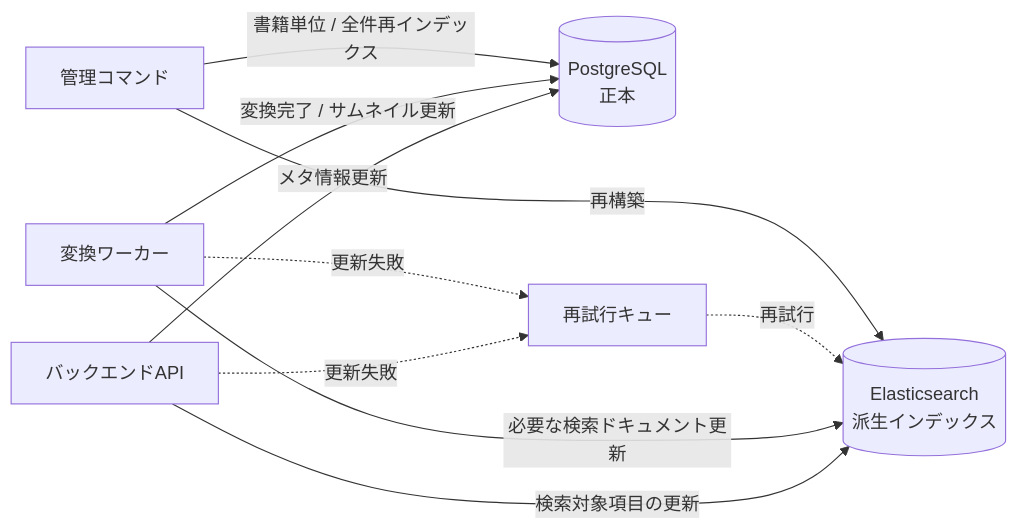
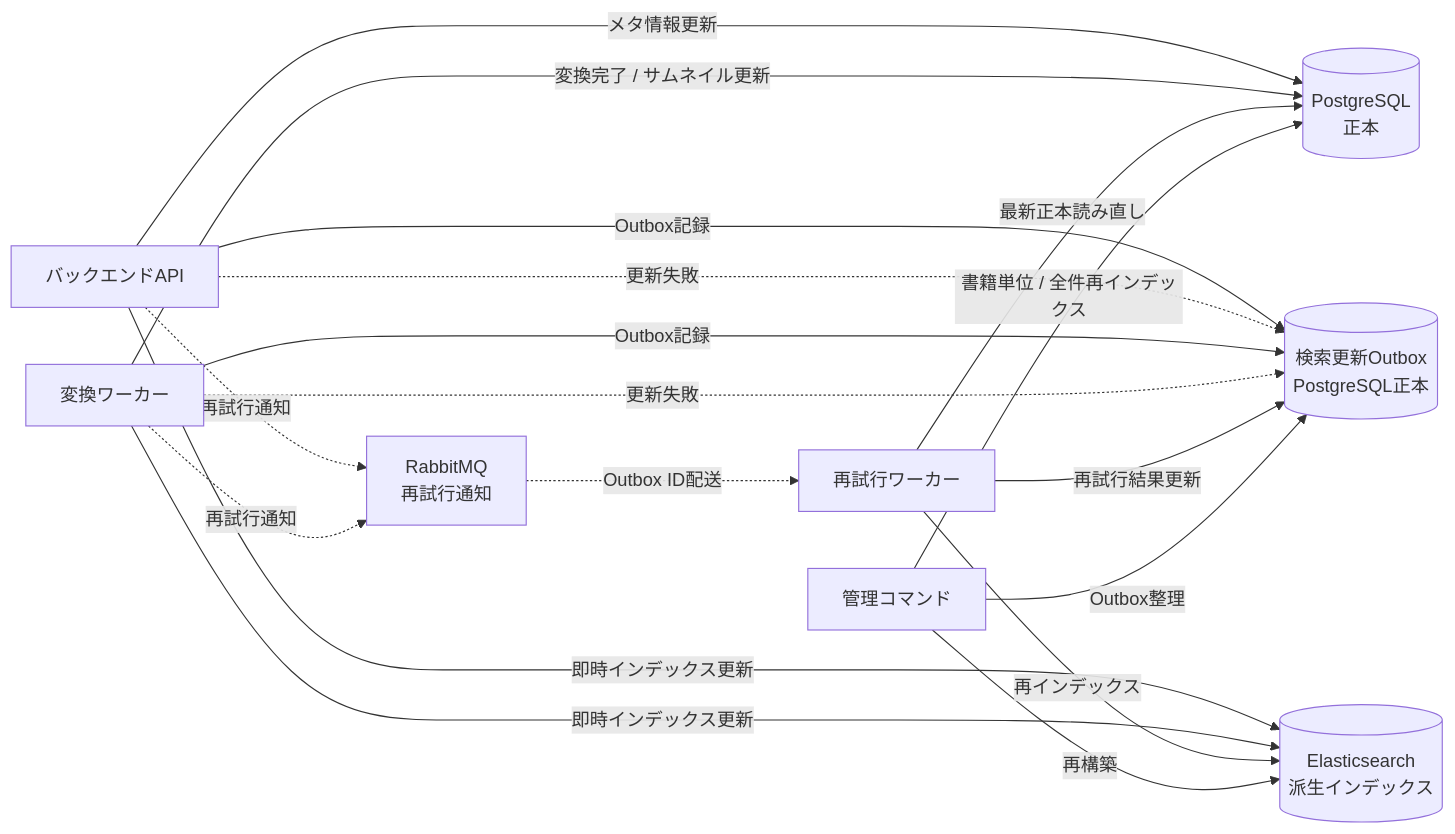
One commit to dommyttdev/book-viewer changed the fifth of 7 diagrams in doc/03_architecture/06_data_flow.md. Above: the diagram before and after it, drawn with Mermaid. The commit also changed other lines of this file and 15 other files, not shown here.

````diff
--- a/doc/03_architecture/06_data_flow.md
+++ b/doc/03_architecture/06_data_flow.md
@@ -182,21 +182,31 @@
 ```mermaid
 flowchart LR
   api["バックエンドAPI"]
   worker["変換ワーカー"]
   command["管理コマンド"]
   db[("PostgreSQL<br>正本")]
   es[("Elasticsearch<br>派生インデックス")]
-  retry["再試行キュー"]
+  outbox[("検索更新Outbox<br>PostgreSQL正本")]
+  retry["RabbitMQ<br>再試行通知"]
+  retryWorker["再試行ワーカー"]
 
   api -->|"メタ情報更新"| db
-  api -->|"検索対象項目の更新"| es
-  api -. 更新失敗 .-> retry
+  api -->|"Outbox記録"| outbox
+  api -->|"即時インデックス更新"| es
+  api -. 更新失敗 .-> outbox
+  api -. 再試行通知 .-> retry
 
   worker -->|"変換完了 / サムネイル更新"| db
-  worker -->|"必要な検索ドキュメント更新"| es
-  worker -. 更新失敗 .-> retry
+  worker -->|"Outbox記録"| outbox
+  worker -->|"即時インデックス更新"| es
+  worker -. 更新失敗 .-> outbox
+  worker -. 再試行通知 .-> retry
 
-  retry -. 再試行 .-> es
+  retry -. Outbox ID配送 .-> retryWorker
+  retryWorker -->|"最新正本読み直し"| db
+  retryWorker -->|"再試行結果更新"| outbox
+  retryWorker -->|"再インデックス"| es
   command -->|"書籍単位 / 全件再インデックス"| db
   command -->|"再構築"| es
+  command -->|"Outbox整理"| outbox
 ```
````
